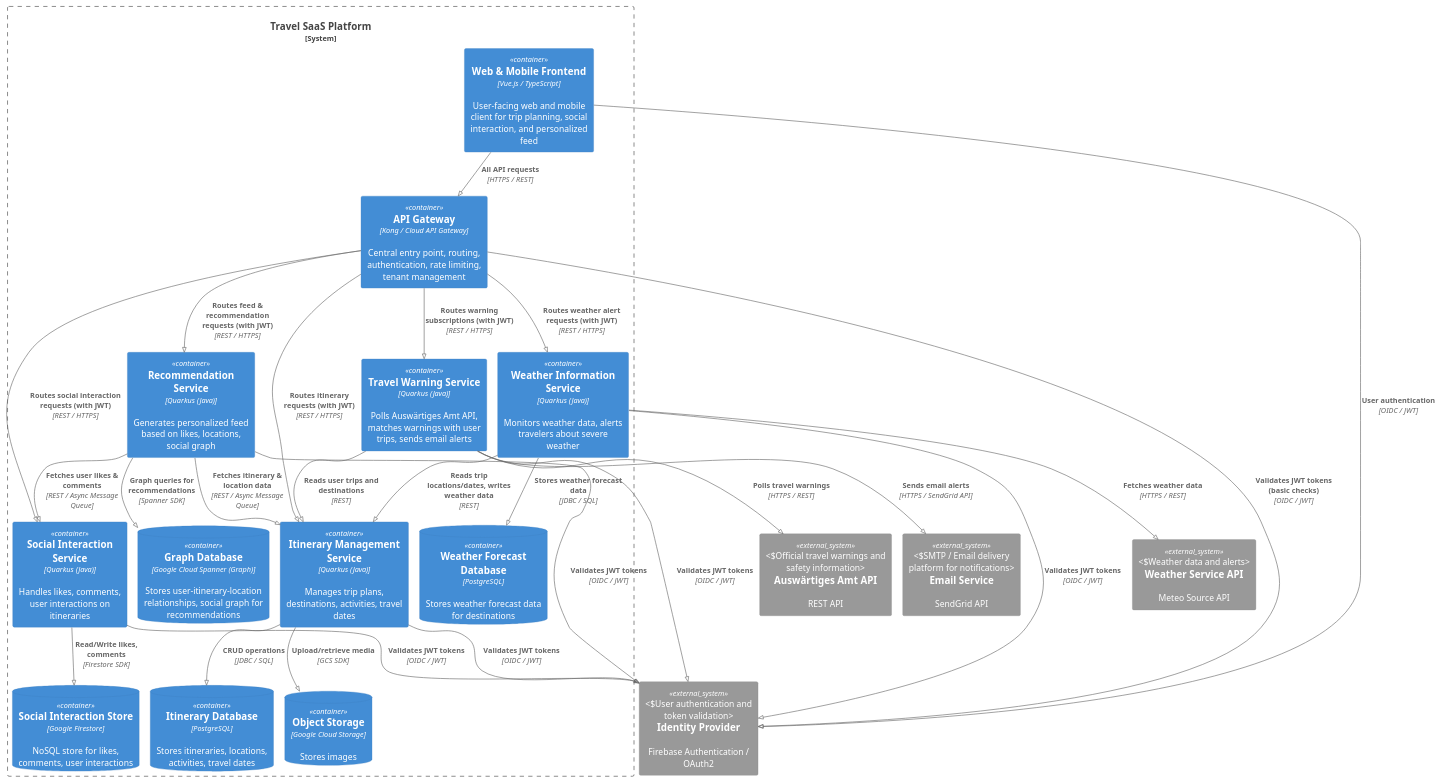
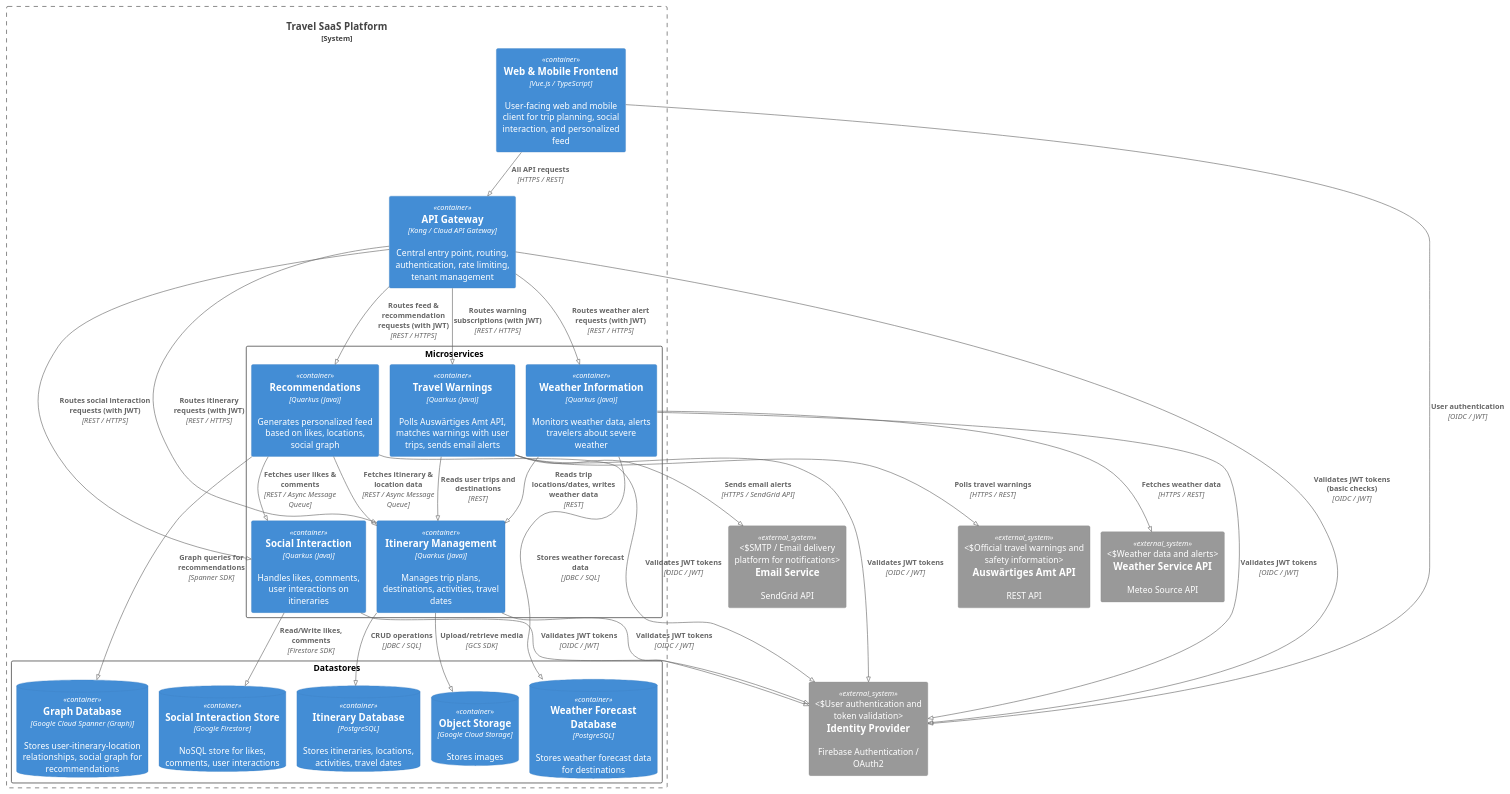
Before and after one commit to leotschritter/cad-backend: the diagram in docs/diagrams/software-architecture/03_software_architecture_diagram.puml, drawn with PlantUML.

Commit message:
docs: update software architecture diagram, improving service descriptions and organization

```diff
--- a/docs/diagrams/software-architecture/03_software_architecture_diagram.puml
+++ b/docs/diagrams/software-architecture/03_software_architecture_diagram.puml
@@ -1,75 +1,86 @@
 @startuml
 !include <C4/C4_Container>
 
 
 !pragma layout smetana
 
 System_Boundary(travelSaaS, "Travel SaaS Platform") {
 
     ' Frontend
     Container(frontend, "Web & Mobile Frontend", "Vue.js / TypeScript", "User-facing web and mobile client for trip planning, social interaction, and personalized feed")
 
     ' API Gateway
-    Container(apiGateway, "API Gateway", "Kong / Cloud API Gateway", "Central entry point, routing, authentication, rate limiting, tenant management")
+Container(apiGateway, "API Gateway", "Kong / Cloud API Gateway", "Central entry point, routing, authentication, rate limiting, tenant management")
 
+rectangle "Microservices" as Microservices {
     ' Microservices
-    Container(itineraryService, "Itinerary Management Service", "Quarkus (Java)", "Manages trip plans, destinations, activities, travel dates")
-    Container(socialService, "Social Interaction Service", "Quarkus (Java)", "Handles likes, comments, user interactions on itineraries")
-    Container(recommendationService, "Recommendation Service", "Quarkus (Java)", "Generates personalized feed based on likes, locations, social graph")
-    Container(travelWarningService, "Travel Warning Service", "Quarkus (Java)", "Polls Auswärtiges Amt API, matches warnings with user trips, sends email alerts")
-    Container(weatherWarningService, "Weather Information Service", "Quarkus (Java)", "Monitors weather data, alerts travelers about severe weather")
+    Container(itineraryService, "Itinerary Management", "Quarkus (Java)", "Manages trip plans, destinations, activities, travel dates")
 
+    Container(socialService, "Social Interaction", "Quarkus (Java)", "Handles likes, comments, user interactions on itineraries")
+
+    Container(recommendationService, "Recommendations", "Quarkus (Java)", "Generates personalized feed based on likes, locations, social graph")
+
+    Container(travelWarningService, "Travel Warnings", "Quarkus (Java)", "Polls Auswärtiges Amt API, matches warnings with user trips, sends email alerts")
+
+    Container(weatherWarningService, "Weather Information", "Quarkus (Java)", "Monitors weather data, alerts travelers about severe weather")
+
+}
     ' Datastores
-    ContainerDb(itineraryDb, "Itinerary Database", "PostgreSQL", "Stores itineraries, locations, activities, travel dates")
+
+rectangle "Datastores" {
+ContainerDb(itineraryDb, "Itinerary Database", "PostgreSQL", "Stores itineraries, locations, activities, travel dates")
     ContainerDb(objectStorage, "Object Storage", "Google Cloud Storage", "Stores images")
+
     ContainerDb(socialDb, "Social Interaction Store", "Google Firestore", "NoSQL store for likes, comments, user interactions")
+
     ContainerDb(recommendationDb, "Graph Database", "Google Cloud Spanner (Graph)", "Stores user-itinerary-location relationships, social graph for recommendations")
+
     ContainerDb(weatherDb, "Weather Forecast Database", "PostgreSQL", "Stores weather forecast data for destinations")
+}
+
 }
 
 ' External Systems
 System_Ext(identity, "Identity Provider", "Firebase Authentication / OAuth2", "User authentication and token validation")
 System_Ext(auswaertigesAmt, "Auswärtiges Amt API", "REST API", "Official travel warnings and safety information")
 System_Ext(emailApi, "Email Service", "SendGrid API", "SMTP / Email delivery platform for notifications")
 System_Ext(weatherApi, "Weather Service API", "Meteo Source API", "Weather data and alerts")
 
 ' Frontend Relationships
 Rel(frontend, identity, "User authentication", "OIDC / JWT")
 Rel(frontend, apiGateway, "All API requests", "HTTPS / REST")
 
 ' API Gateway to Microservices
 Rel(apiGateway, itineraryService, "Routes itinerary requests (with JWT)", "REST / HTTPS")
 Rel(apiGateway, socialService, "Routes social interaction requests (with JWT)", "REST / HTTPS")
 Rel(apiGateway, recommendationService, "Routes feed & recommendation requests (with JWT)", "REST / HTTPS")
 Rel(apiGateway, travelWarningService, "Routes warning subscriptions (with JWT)", "REST / HTTPS")
 Rel(apiGateway, weatherWarningService, "Routes weather alert requests (with JWT)", "REST / HTTPS")
 
 ' Microservices to Datastores
 Rel(itineraryService, itineraryDb, "CRUD operations", "JDBC / SQL")
 Rel(itineraryService, objectStorage, "Upload/retrieve media", "GCS SDK")
 Rel(socialService, socialDb, "Read/Write likes, comments", "Firestore SDK")
 Rel(recommendationService, recommendationDb, "Graph queries for recommendations", "Spanner SDK")
 Rel(weatherWarningService, weatherDb, "Stores weather forecast data", "JDBC / SQL")
 
 ' Service-to-Service Communication
 Rel(recommendationService, socialService, "Fetches user likes & comments", "REST / Async Message Queue")
 Rel(recommendationService, itineraryService, "Fetches itinerary & location data", "REST / Async Message Queue")
 Rel(travelWarningService, itineraryService, "Reads user trips and destinations", "REST")
 Rel(weatherWarningService, itineraryService, "Reads trip locations/dates, writes weather data", "REST")
 
 ' External Service Relationships
 Rel(apiGateway, identity, "Validates JWT tokens (basic checks)", "OIDC / JWT")
 Rel(travelWarningService, auswaertigesAmt, "Polls travel warnings", "HTTPS / REST")
 Rel(travelWarningService, emailApi, "Sends email alerts", "HTTPS / SendGrid API")
 Rel(weatherWarningService, weatherApi, "Fetches weather data", "HTTPS / REST")
 
 ' Microservices to Identity Provider for token validation
 Rel(itineraryService, identity, "Validates JWT tokens", "OIDC / JWT")
 Rel(socialService, identity, "Validates JWT tokens", "OIDC / JWT")
 Rel(recommendationService, identity, "Validates JWT tokens", "OIDC / JWT")
 Rel(travelWarningService, identity, "Validates JWT tokens", "OIDC / JWT")
 Rel(weatherWarningService, identity, "Validates JWT tokens", "OIDC / JWT")
 
-
-
 @enduml
```
